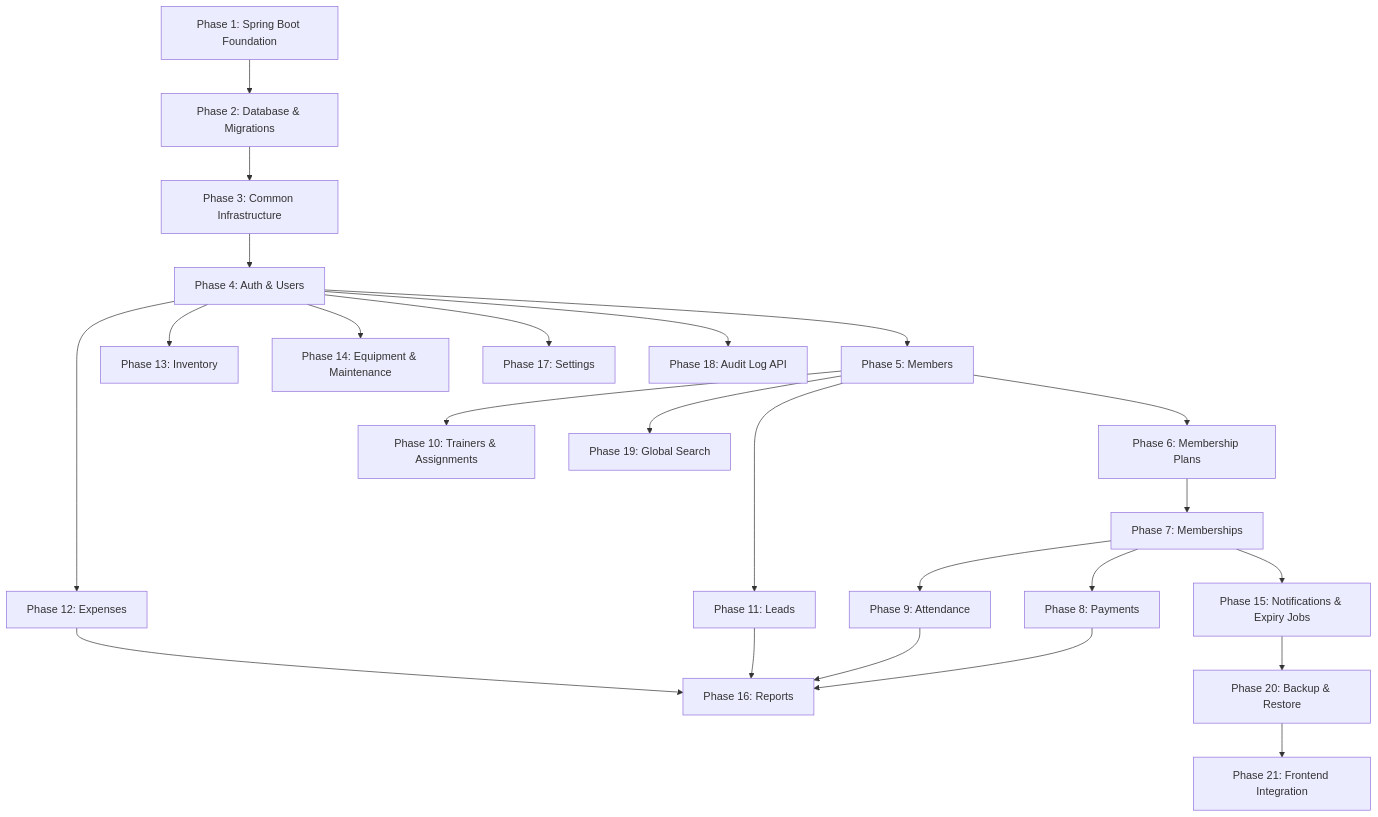
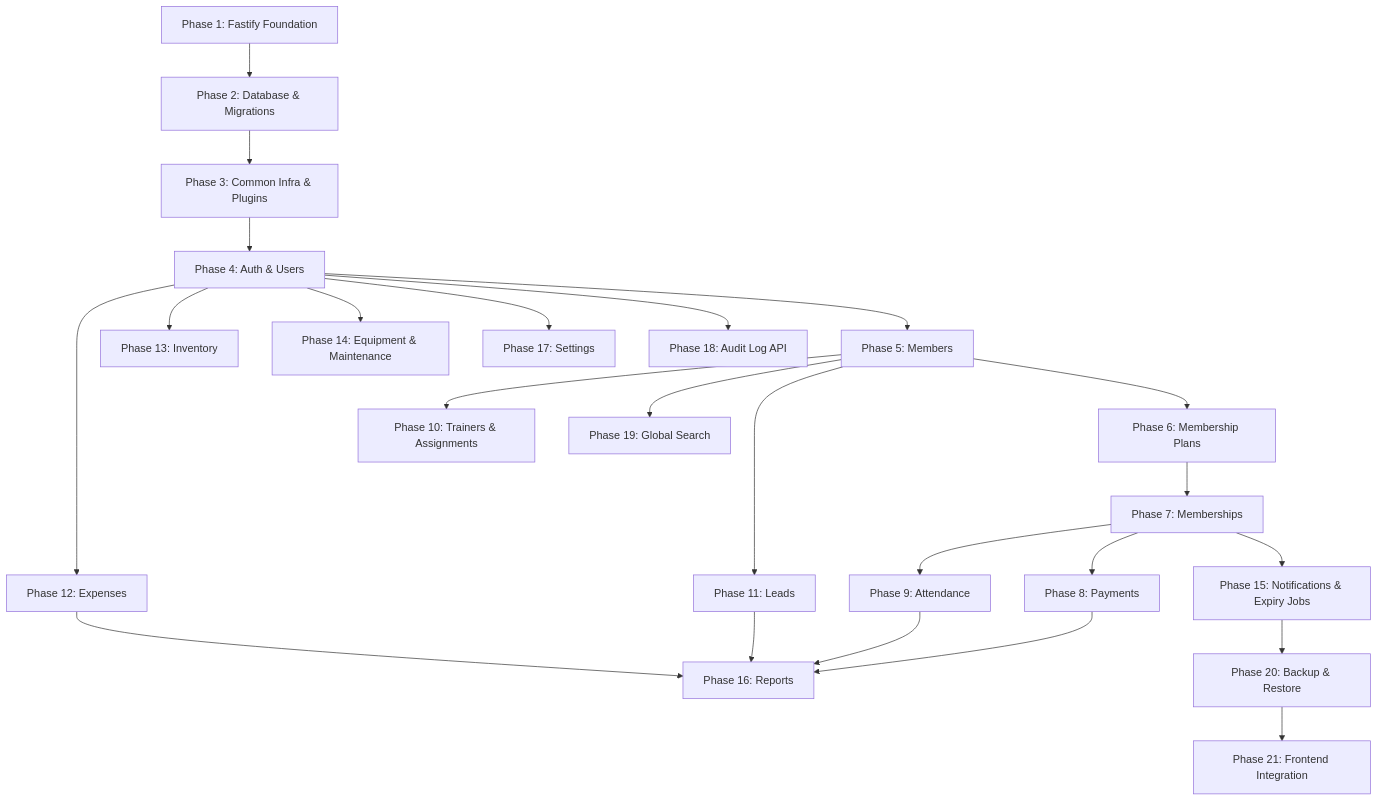
Before and after one commit to sidpd51/gym-app: the diagram in backend/docs/10-backend-development-plan.md, drawn with Mermaid. The commit also changed other lines of this file and 5 other files, not shown here.

Commit message:
Migrate backend architecture documentation from Java to Node.js/Fastify

````diff
--- a/backend/docs/10-backend-development-plan.md
+++ b/backend/docs/10-backend-development-plan.md
@@ -23,26 +25,26 @@
 ```mermaid
 flowchart TD
-    P1[Phase 1: Spring Boot Foundation] --> P2[Phase 2: Database & Migrations]
-    P2 --> P3[Phase 3: Common Infrastructure]
+    P1[Phase 1: Fastify Foundation] --> P2[Phase 2: Database & Migrations]
+    P2 --> P3[Phase 3: Common Infra & Plugins]
     P3 --> P4[Phase 4: Auth & Users]
     P4 --> P5[Phase 5: Members]
     P5 --> P6[Phase 6: Membership Plans]
     P6 --> P7[Phase 7: Memberships]
     P7 --> P8[Phase 8: Payments]
     P7 --> P9[Phase 9: Attendance]
     P5 --> P10[Phase 10: Trainers & Assignments]
     P5 --> P11[Phase 11: Leads]
     P4 --> P12[Phase 12: Expenses]
     P4 --> P13[Phase 13: Inventory]
     P4 --> P14[Phase 14: Equipment & Maintenance]
     P7 --> P15[Phase 15: Notifications & Expiry Jobs]
     P8 --> P16[Phase 16: Reports]
     P9 --> P16
     P11 --> P16
     P12 --> P16
     P4 --> P17[Phase 17: Settings]
     P4 --> P18[Phase 18: Audit Log API]
     P5 --> P19[Phase 19: Global Search]
     P15 --> P20[Phase 20: Backup & Restore]
     P20 --> P21[Phase 21: Frontend Integration]
 ```
````
